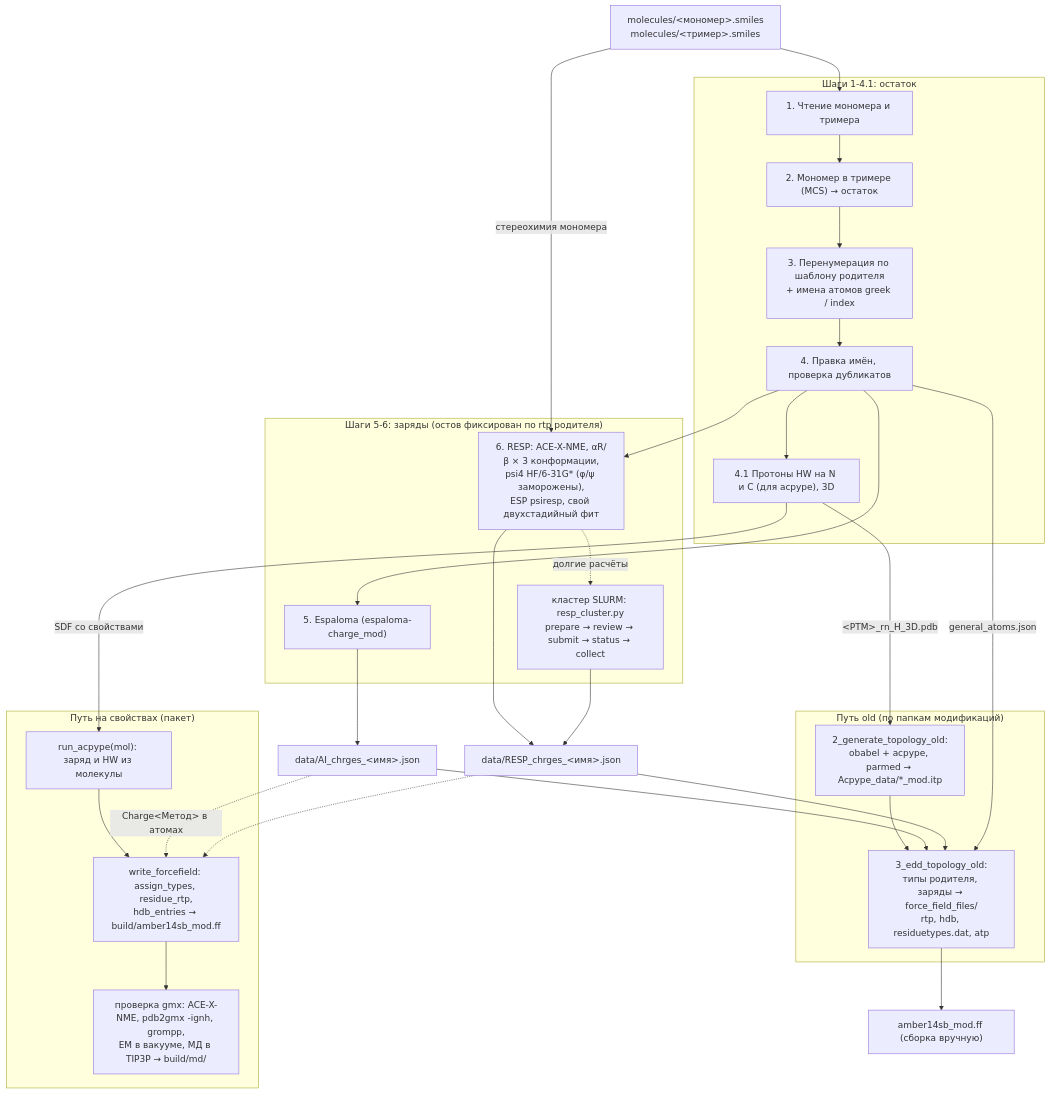
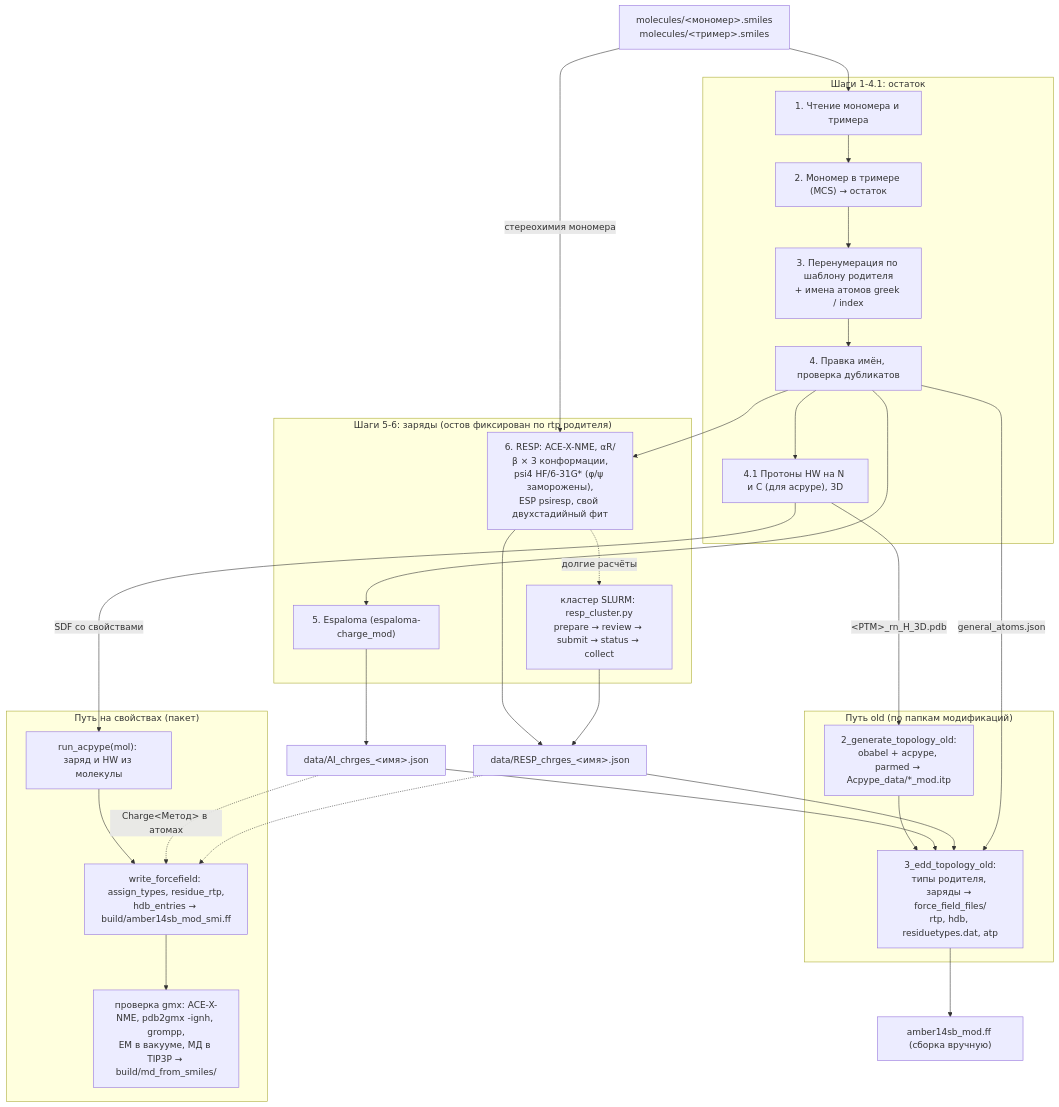
Before and after one commit to intbio/ResParTools: the second of 2 diagrams in docs/PIPELINE.md, drawn with Mermaid. The commit also changed other lines of this file and 120 other files, not shown here.

````diff
--- a/docs/PIPELINE.md
+++ b/docs/PIPELINE.md
@@ -12,52 +20,52 @@
 ```mermaid
 flowchart TD
     IN["molecules/&lt;мономер&gt;.smiles<br/>molecules/&lt;тример&gt;.smiles"]
 
     subgraph S1["Шаги 1-4.1: остаток"]
         A1["1. Чтение мономера и тримера"]
         A2["2. Мономер в тримере (MCS) → остаток"]
         A3["3. Перенумерация по шаблону родителя<br/>+ имена атомов greek / index"]
         A4["4. Правка имён, проверка дубликатов"]
         A41["4.1 Протоны HW на N и C (для acpype), 3D"]
         A1 --> A2 --> A3 --> A4 --> A41
     end
 
     subgraph Q["Шаги 5-6: заряды (остов фиксирован по rtp родителя)"]
         Q5["5. Espaloma (espaloma-charge_mod)"]
         Q6["6. RESP: ACE-X-NME, αR/β × 3 конформации,<br/>psi4 HF/6-31G* (φ/ψ заморожены),<br/>ESP psiresp, свой двухстадийный фит"]
         CL["кластер SLURM: resp_cluster.py<br/>prepare → review → submit → status → collect"]
         Q6 -. долгие расчёты .-> CL
     end
 
     IN --> A1
     A4 --> Q5
     A4 --> Q6
     IN -- "стереохимия мономера" --> Q6
 
     Q5 --> CH["data/AI_chrges_&lt;имя&gt;.json"]
     Q6 --> CHR["data/RESP_chrges_&lt;имя&gt;.json"]
     CL --> CHR
 
     subgraph OLD["Путь old (по папкам модификаций)"]
         O2["2_generate_topology_old:<br/>obabel + acpype, parmed → Acpype_data/*_mod.itp"]
         O3["3_edd_topology_old:<br/>типы родителя, заряды → force_field_files/<br/>rtp, hdb, residuetypes.dat, atp"]
         O2 --> O3
     end
 
     subgraph NEW["Путь на свойствах (пакет)"]
         N2["run_acpype(mol): заряд и HW из молекулы"]
-        N3["write_forcefield: assign_types, residue_rtp,<br/>hdb_entries → build/amber14sb_mod.ff"]
-        NV["проверка gmx: ACE-X-NME, pdb2gmx -ignh, grompp,<br/>EM в вакууме, МД в TIP3P → build/md/"]
+        N3["write_forcefield: assign_types, residue_rtp,<br/>hdb_entries → build/amber14sb_mod_smi.ff"]
+        NV["проверка gmx: ACE-X-NME, pdb2gmx -ignh, grompp,<br/>EM в вакууме, МД в TIP3P → build/md_from_smiles/"]
         N2 --> N3 --> NV
     end
 
     A41 -- "&lt;PTM&gt;_rn_H_3D.pdb" --> O2
     CH --> O3
     CHR --> O3
     A4 -- "general_atoms.json" --> O3
     O3 --> FF["amber14sb_mod.ff (сборка вручную)"]
 
     A41 -- "SDF со свойствами" --> N2
     CH -. "Charge&lt;Метод&gt; в атомах" .-> N3
     CHR -.-> N3
 ```
````
